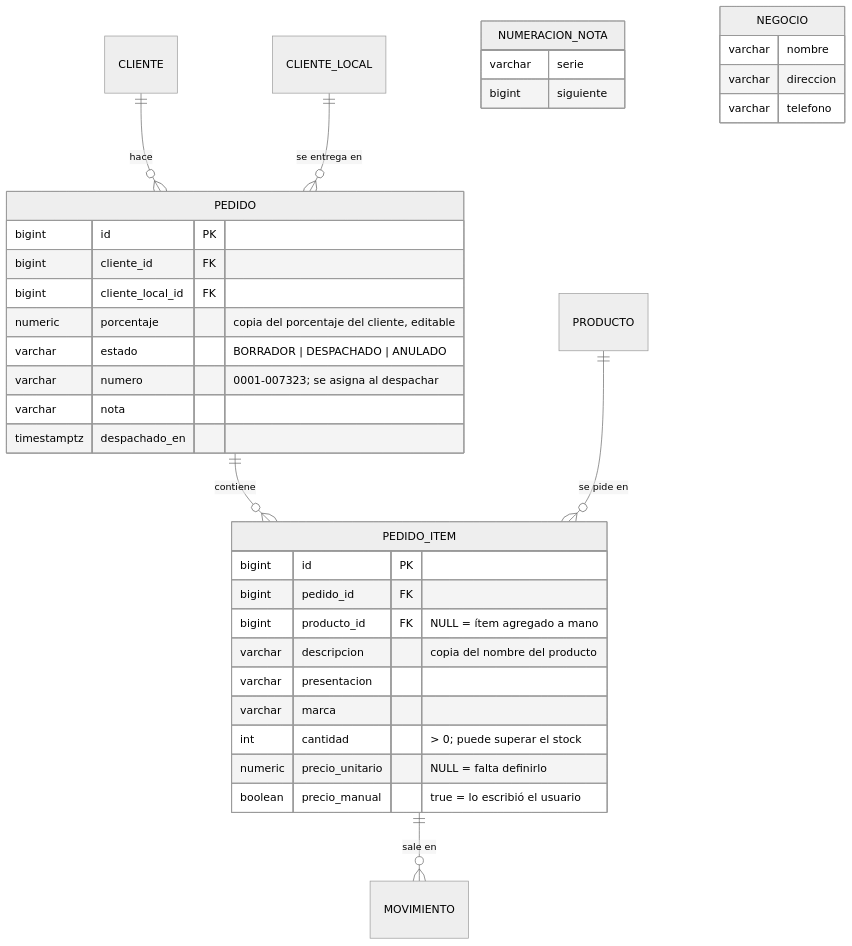
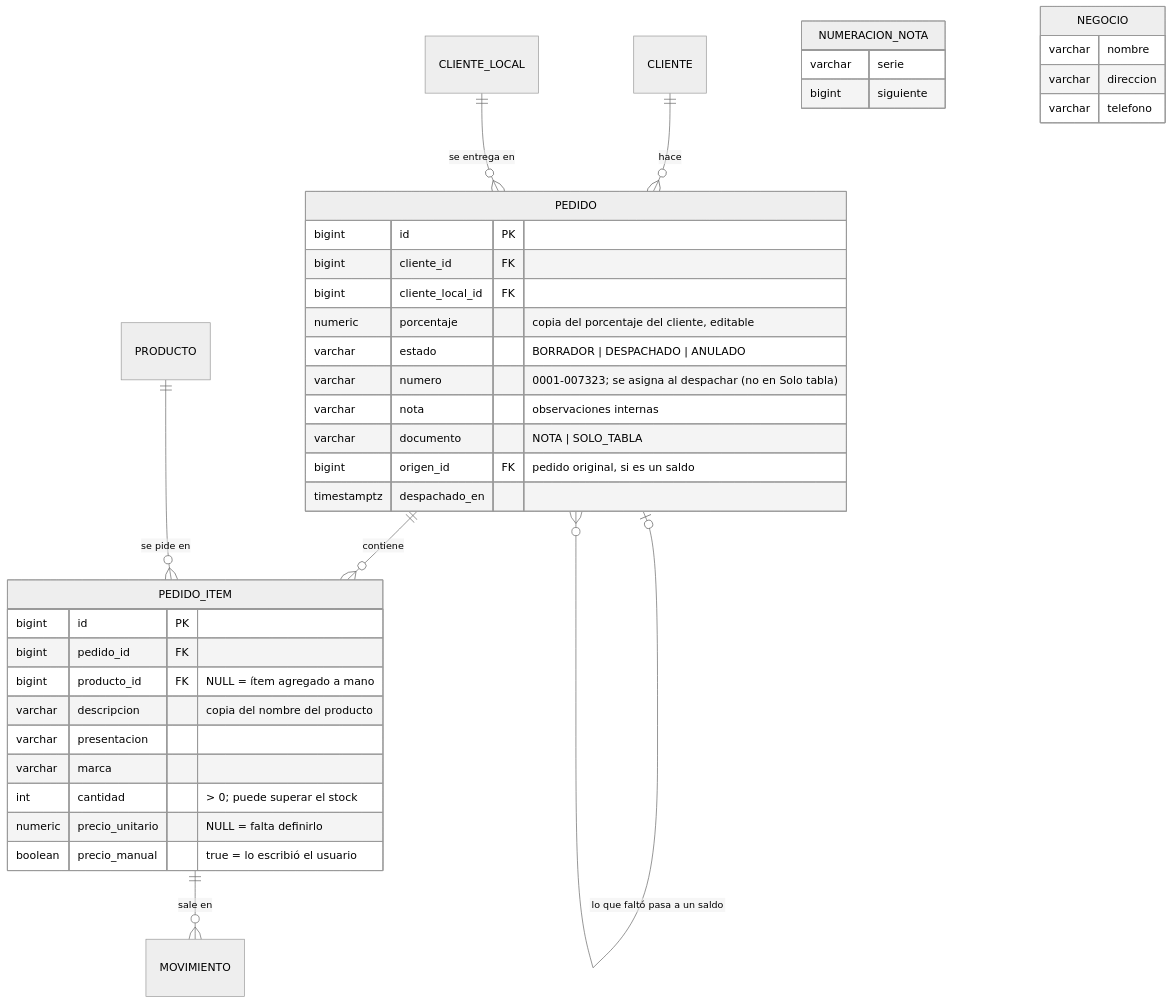
One commit to EvaMoreno11/gestion-insumos-medicos changed the fourth of 6 diagrams in docs/modelo-datos.md. Above: the diagram before and after it, drawn with Mermaid (neutral theme). The commit also changed other lines of this file and 1 other file, not shown here.

Commit message:
docs: entregas parciales, pedidos Solo tabla e ítems a mano

````diff
--- a/docs/modelo-datos.md
+++ b/docs/modelo-datos.md
@@ -149,39 +149,42 @@
 ```mermaid
 erDiagram
     CLIENTE ||--o{ PEDIDO : hace
     CLIENTE_LOCAL ||--o{ PEDIDO : "se entrega en"
     PEDIDO ||--o{ PEDIDO_ITEM : contiene
     PRODUCTO ||--o{ PEDIDO_ITEM : "se pide en"
     PEDIDO_ITEM ||--o{ MOVIMIENTO : "sale en"
+    PEDIDO |o--o{ PEDIDO : "lo que faltó pasa a un saldo"
 
     PEDIDO {
         bigint id PK
         bigint cliente_id FK
         bigint cliente_local_id FK
         numeric porcentaje "copia del porcentaje del cliente, editable"
         varchar estado "BORRADOR | DESPACHADO | ANULADO"
-        varchar numero "0001-007323; se asigna al despachar"
-        varchar nota
+        varchar numero "0001-007323; se asigna al despachar (no en Solo tabla)"
+        varchar nota "observaciones internas"
+        varchar documento "NOTA | SOLO_TABLA"
+        bigint origen_id FK "pedido original, si es un saldo"
         timestamptz despachado_en
     }
     PEDIDO_ITEM {
         bigint id PK
         bigint pedido_id FK
         bigint producto_id FK "NULL = ítem agregado a mano"
         varchar descripcion "copia del nombre del producto"
         varchar presentacion
         varchar marca
         int cantidad "> 0; puede superar el stock"
         numeric precio_unitario "NULL = falta definirlo"
         boolean precio_manual "true = lo escribió el usuario"
     }
     NUMERACION_NOTA {
         varchar serie
         bigint siguiente
     }
     NEGOCIO {
         varchar nombre
         varchar direccion
         varchar telefono
     }
 ```
````
